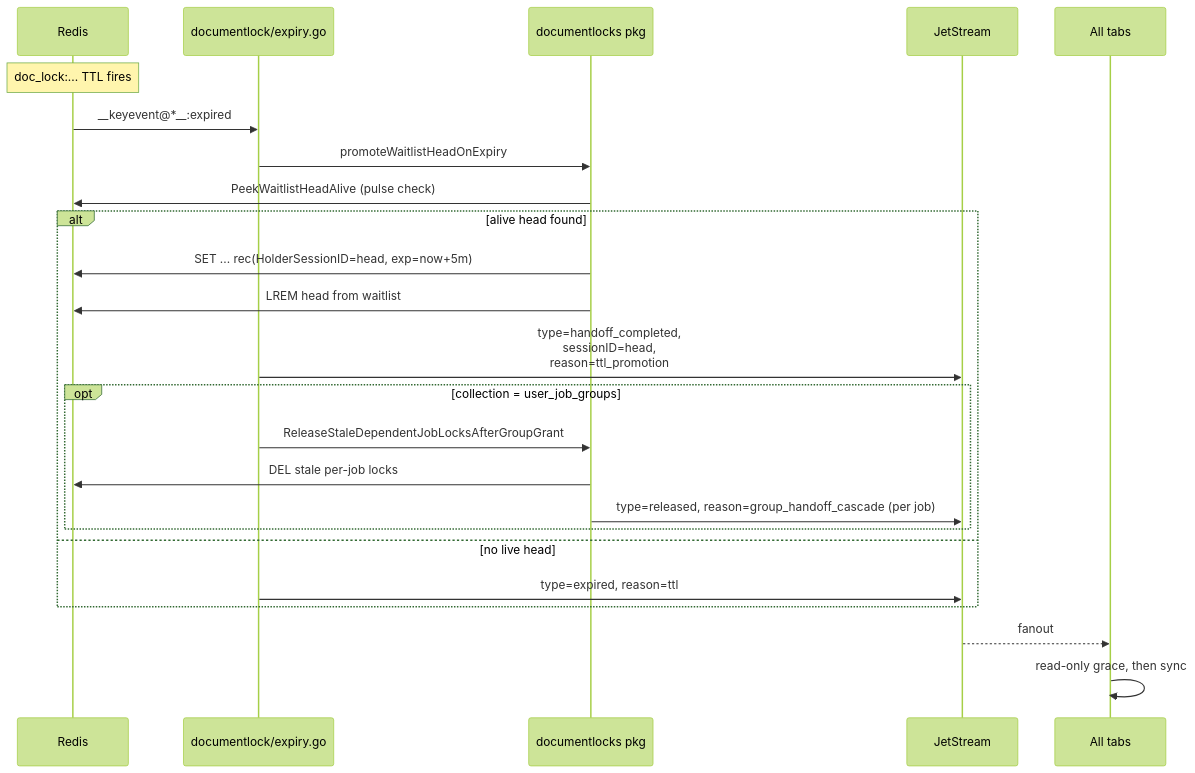
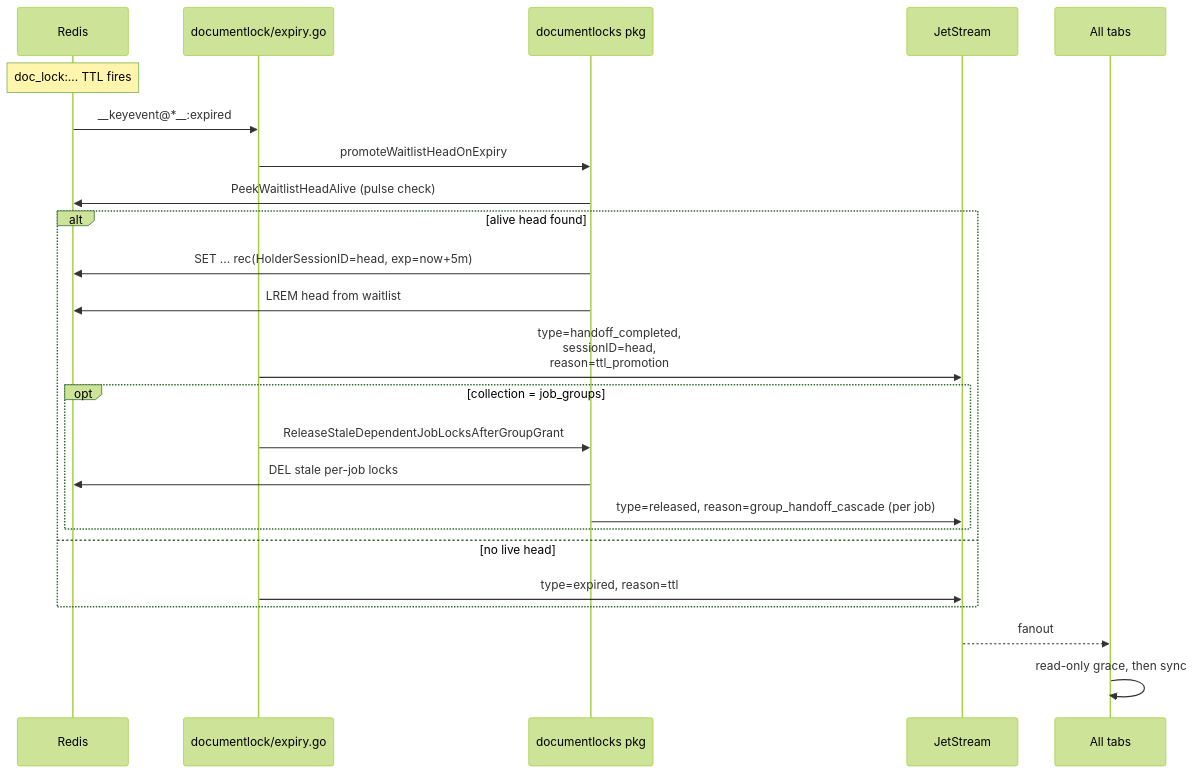
The fourth of 5 diagrams in technical-documentation/backend/api/document-lock/overview.md (darcy561/eve-industry-planner), drawn with Mermaid (forest theme) before and after one commit. The commit also changed other lines of this file and 1700 other files, not shown here.

````diff
--- a/technical-documentation/backend/api/document-lock/overview.md
+++ b/technical-documentation/backend/api/document-lock/overview.md
@@ -259,27 +259,27 @@
 ```mermaid
 sequenceDiagram
   participant R as Redis
   participant E as documentlock/expiry.go
   participant API as documentlocks pkg
   participant JS as JetStream
   participant All as All tabs
 
   Note over R: doc_lock:... TTL fires
   R->>E: __keyevent@*__:expired
   E->>API: promoteWaitlistHeadOnExpiry
   API->>R: PeekWaitlistHeadAlive (pulse check)
   alt alive head found
     API->>R: SET ... rec(HolderSessionID=head, exp=now+5m)
     API->>R: LREM head from waitlist
     E->>JS: type=handoff_completed,<br/>sessionID=head,<br/>reason=ttl_promotion
-    opt collection = user_job_groups
+    opt collection = job_groups
       E->>API: ReleaseStaleDependentJobLocksAfterGroupGrant
       API->>R: DEL stale per-job locks
       API->>JS: type=released, reason=group_handoff_cascade (per job)
     end
   else no live head
     E->>JS: type=expired, reason=ttl
   end
   JS-->>All: fanout
   All->>All: read-only grace, then sync
 ```
````
